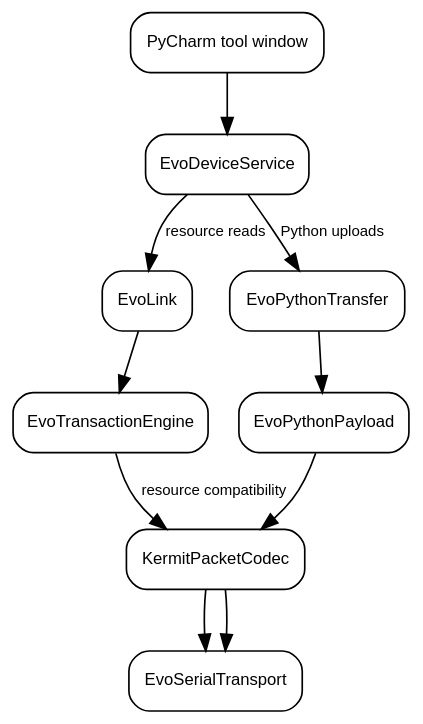
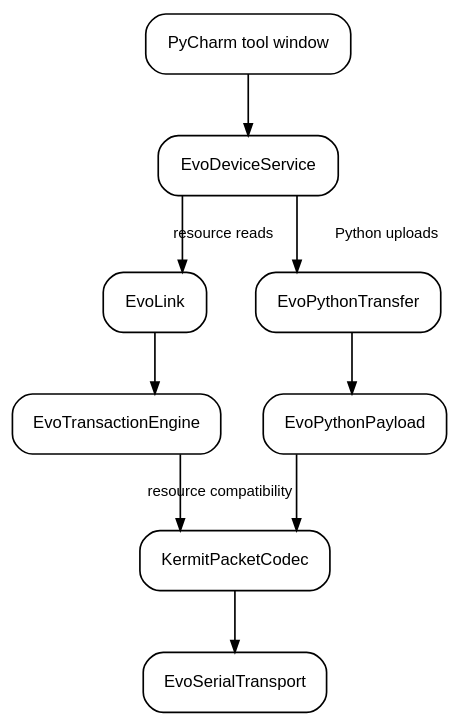
One commit to Inspyre-Softworks/ti84-evo-for-pycharm changed the diagram in docs/protocol.rst. Above: the diagram before and after it, drawn with Graphviz.

Commit message:
Refine protocol diagram layout
Tighten the architecture diagram in `docs/protocol.rst` by switching to orthogonal routing, adjusting spacing and node styling, and reworking the Python upload path for clearer alignment and labels.

```diff
--- a/docs/protocol.rst
+++ b/docs/protocol.rst
@@ -7,42 +7,56 @@
 .. graphviz::
    :align: center
 
    digraph architecture {
        rankdir=TB;
-       graph [bgcolor="transparent"];
+       splines=ortho;
+
+       graph [
+           bgcolor="transparent",
+           pad=0.25,
+           nodesep=0.35,
+           ranksep=0.5
+       ];
+
        node [
            shape=box,
            style="rounded",
-           fontname="sans-serif",
-           fontsize=10
+           fontname="Arial",
+           fontsize=10,
+           margin="0.18,0.10"
        ];
+
        edge [
-           fontname="sans-serif",
-           fontsize=9
+           fontname="Arial",
+           fontsize=9,
+           arrowsize=0.7
        ];
 
        tool [label="PyCharm tool window"];
        service [label="EvoDeviceService"];
 
        evolink [label="EvoLink"];
+       python_transfer [label="EvoPythonTransfer"];
+
        transaction [label="EvoTransactionEngine"];
+       python_payload [label="EvoPythonPayload"];
+
        codec [label="KermitPacketCodec"];
        transport [label="EvoSerialTransport"];
-
-       python [label="EvoPythonTransfer"];
-       payload [label="EvoPythonPayload"];
 
        tool -> service;
 
        service -> evolink [label="resource reads"];
+       service -> python_transfer [label="Python uploads"];
+
        evolink -> transaction;
-       transaction -> codec [
-           label="resource compatibility"
-       ];
+       python_transfer -> python_payload;
+
+       transaction -> codec [label="resource compatibility"];
+       python_payload -> codec;
+
        codec -> transport;
 
-       service -> python [label="Python uploads"];
-       python -> payload;
-       payload -> codec;
-       codec -> transport;
+       { rank = same; evolink; python_transfer; }
+       { rank = same; transaction; python_payload; }
    }
```
